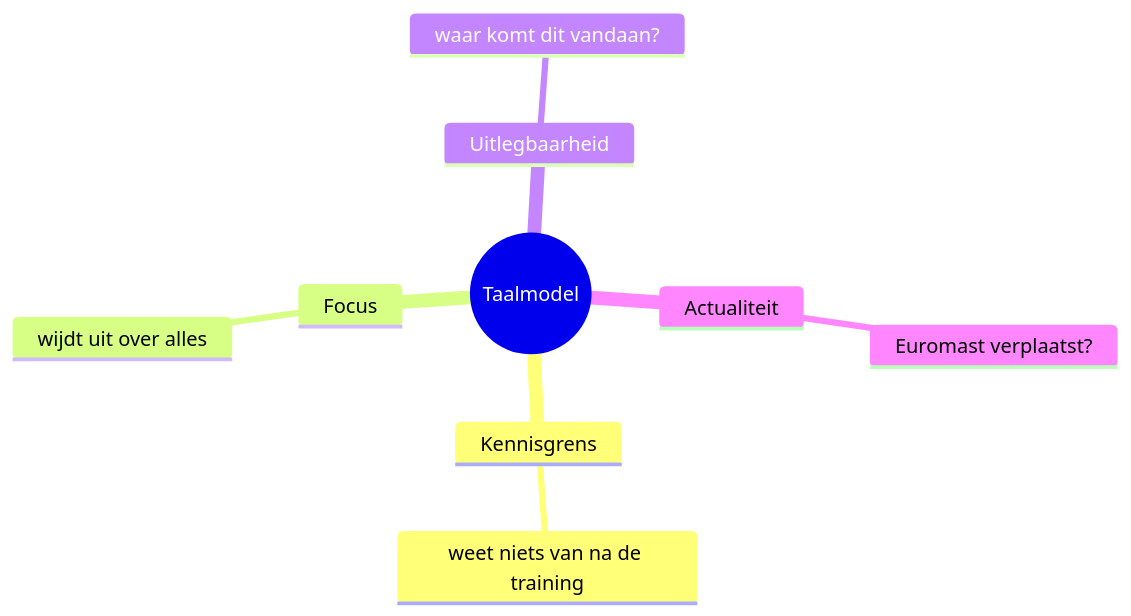
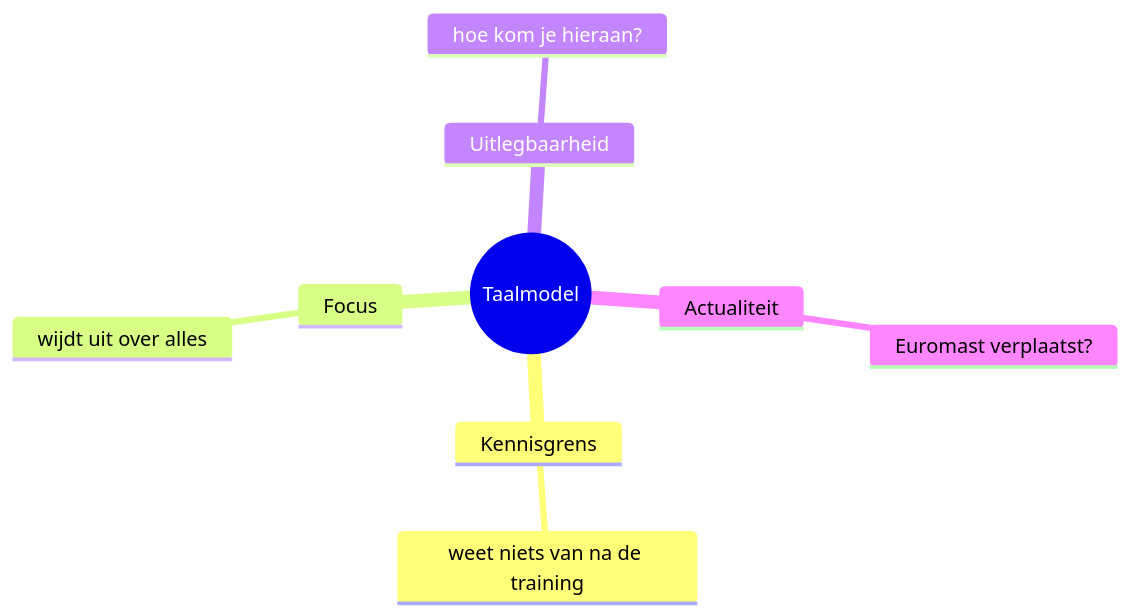
The first of 12 diagrams in workshopdutch.md (okeribok/FormIt), drawn with Mermaid before and after one commit. The commit also changed other lines of this file, not shown here.

````diff
--- a/workshopdutch.md
+++ b/workshopdutch.md
@@ -53,12 +77,12 @@
 ```mermaid
 mindmap
   root((Taalmodel))
     Kennisgrens
       weet niets van na de training
     Focus
       wijdt uit over alles
     Uitlegbaarheid
-      waar komt dit vandaan?
+      hoe kom je hieraan?
     Actualiteit
       Euromast verplaatst?
 ```
````
